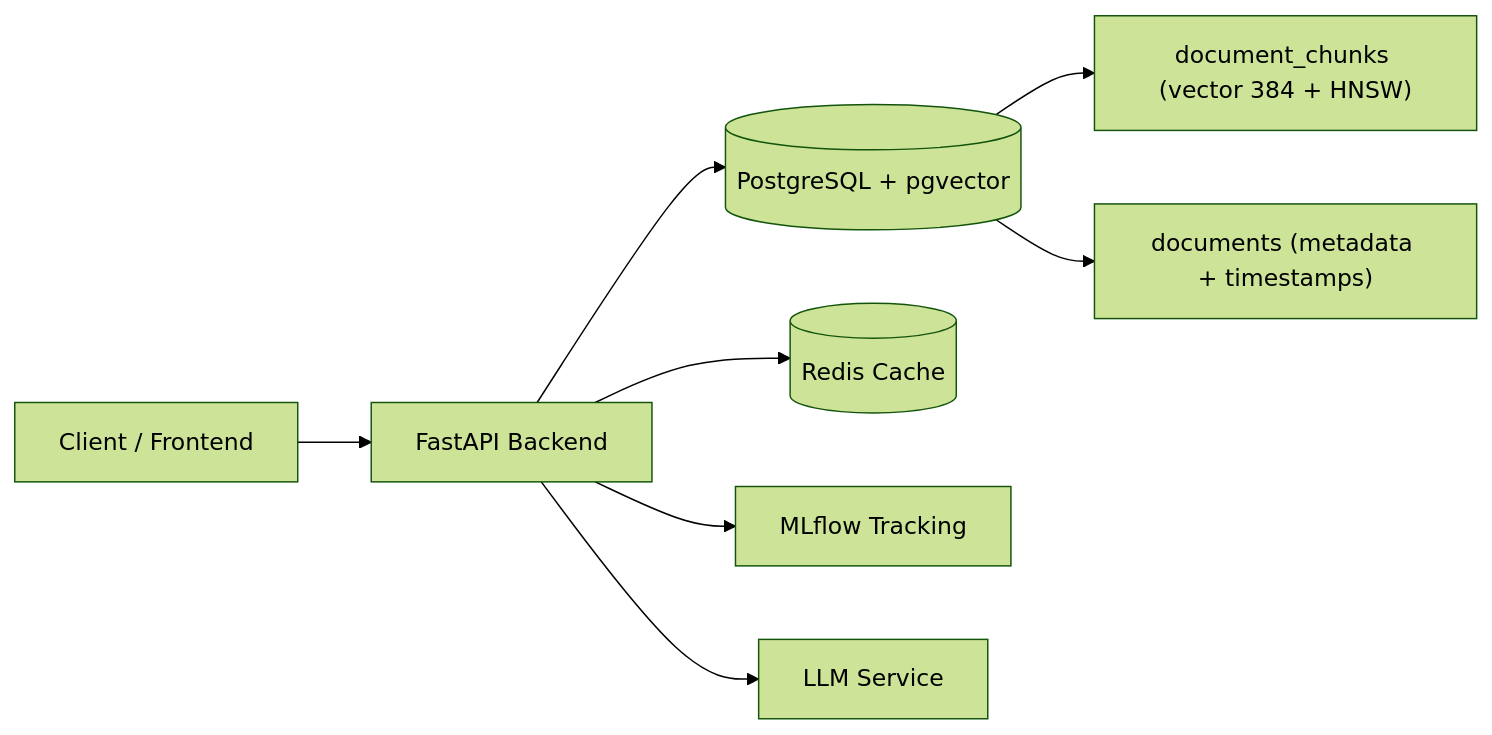
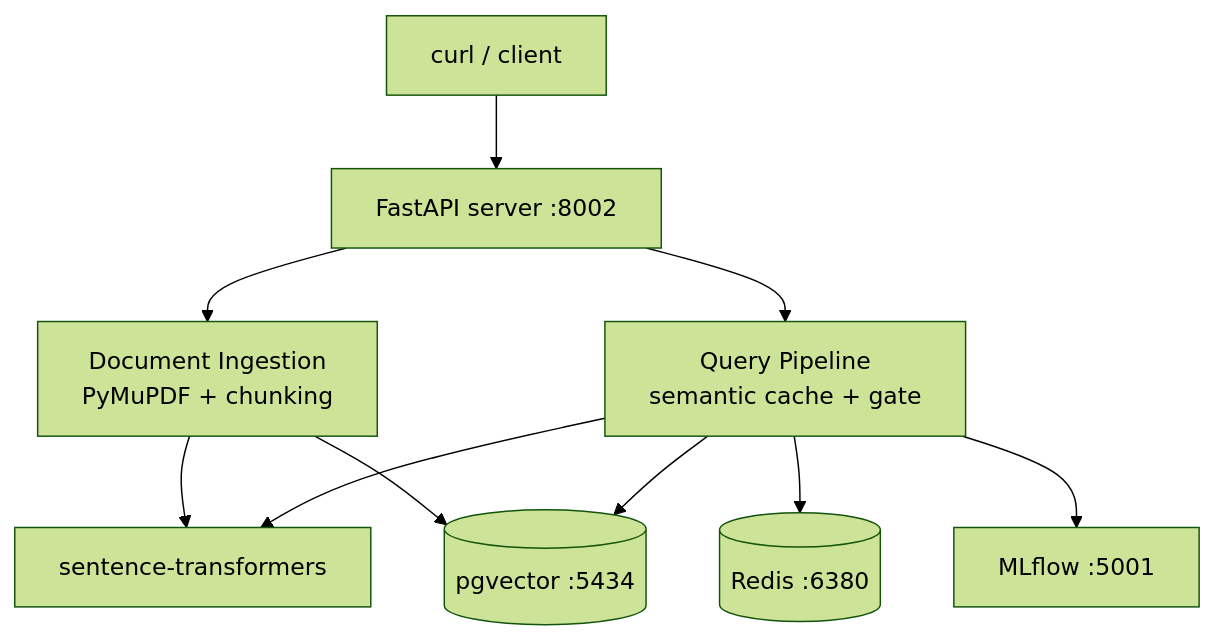
Before and after one commit to Anilnayak126/nexus-core-rag: the diagram in README.md, drawn with Mermaid (forest theme). The commit also changed other lines of this file and 31 other files, not shown here.

First line of the commit message:
docs: add Mermaid architecture docs, remove dead code, update README

````diff
--- a/README.md
+++ b/README.md
@@ -61,10 +23,12 @@
 ```mermaid
-flowchart LR
-  Client["Client / Frontend"] --> API["FastAPI Backend"]
-  API --> PG[("PostgreSQL + pgvector")]
-  API --> Redis[("Redis Cache")]
-  API --> MLflow["MLflow Tracking"]
-  API --> LLM["LLM Service"]
-  PG --> Chunks["document_chunks (vector 384 + HNSW)"]
-  PG --> Docs["documents (metadata + timestamps)"]
+flowchart TB
+    Client[curl / client] --> API[FastAPI server :8002]
+    API --> Ingestion[Document Ingestion<br/>PyMuPDF + chunking]
+    API --> Query[Query Pipeline<br/>semantic cache + gate]
+    Ingestion --> Embed[sentence-transformers]
+    Ingestion --> PG[(pgvector :5434)]
+    Query --> Embed
+    Query --> PG
+    Query --> Redis[(Redis :6380)]
+    Query --> MLflow[MLflow :5001]
 ```
````
